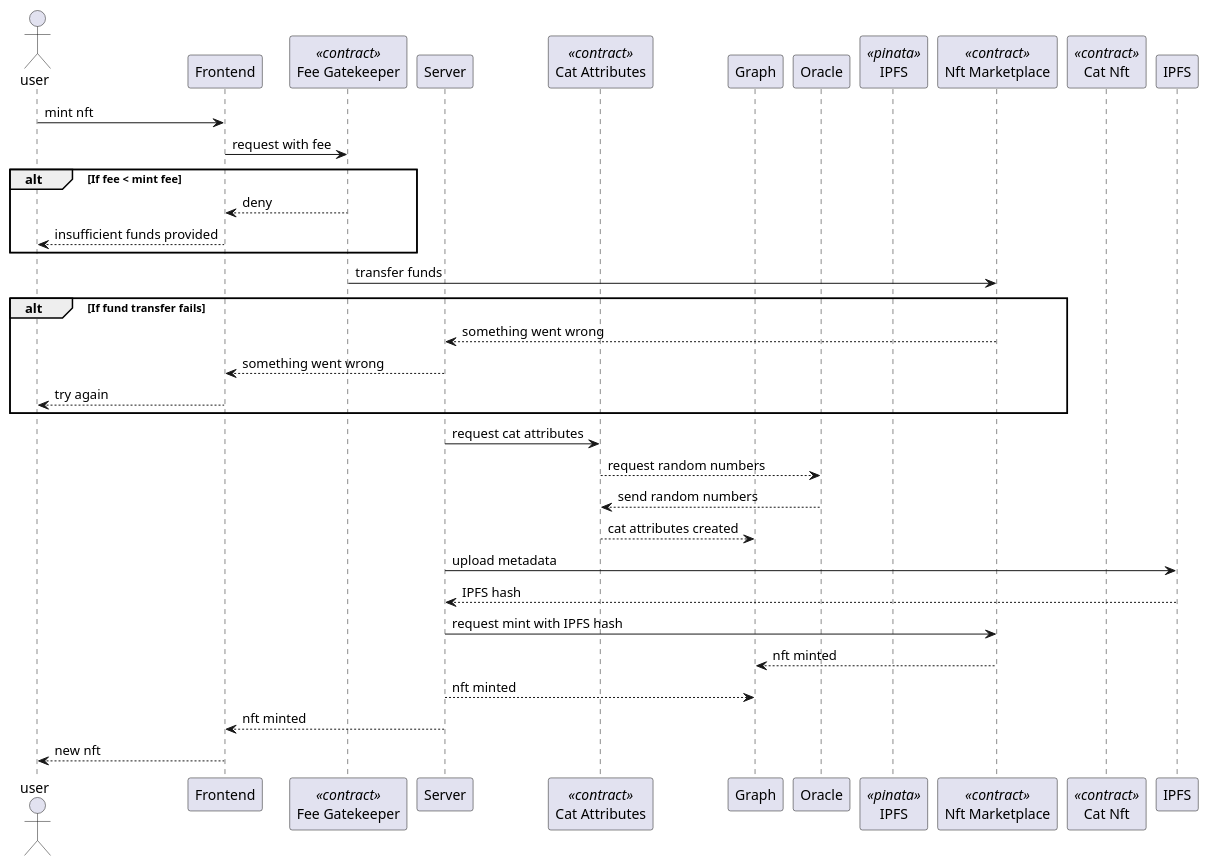
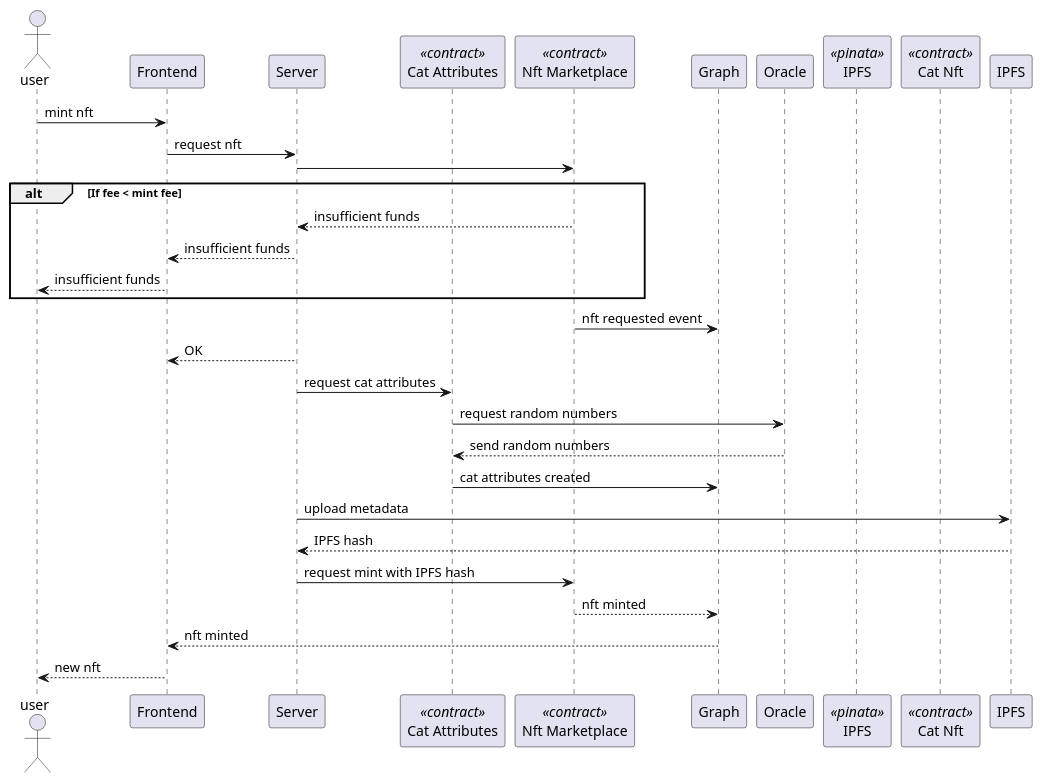
One commit to tmpoe/soa-nft-marketplace changed the diagram in docs/backend_heavy_sequence_diagram.md. Above: the diagram before and after it, drawn with PlantUML.

Commit message:
Cut out fee gatekeeper

````diff
--- a/docs/backend_heavy_sequence_diagram.md
+++ b/docs/backend_heavy_sequence_diagram.md
@@ -1,48 +1,44 @@
 ```plantuml
 @startuml
 actor user
 participant Frontend as frontend
-participant "Fee Gatekeeper" as fee_gatekeeper <<contract>>
 participant "Server" as server
 participant "Cat Attributes" as cat_attributes <<contract>>
+participant "Nft Marketplace" as nft_marketplace <<contract>>
 participant "Graph" as graph
 participant "Oracle" as oracle
 participant "IPFS" as ipfs <<pinata>>
-participant "Nft Marketplace" as nft_marketplace <<contract>>
 participant "Cat Nft" as cat_nft <<contract>>
 
 user -> frontend : mint nft
-frontend -> fee_gatekeeper : request with fee
+frontend -> server : request nft
+server -> nft_marketplace
 
 alt If fee < mint fee
-    fee_gatekeeper --> frontend : deny
-    frontend --> user : insufficient funds provided
+    nft_marketplace --> server : insufficient funds
+    server --> frontend : insufficient funds
+    frontend --> user : insufficient funds
 end
 
-fee_gatekeeper -> nft_marketplace : transfer funds
-
-alt If fund transfer fails
-    nft_marketplace --> server : something went wrong
-    server --> frontend : something went wrong
-    frontend --> user : try again
-end
+nft_marketplace -> graph : nft requested event
+server --> frontend : OK
 
 server -> cat_attributes : request cat attributes
-cat_attributes --> oracle : request random numbers
+cat_attributes -> oracle : request random numbers
 
 oracle --> cat_attributes : send random numbers
-cat_attributes --> graph : cat attributes created
+cat_attributes -> graph : cat attributes created
 
 server -> IPFS : upload metadata
 IPFS --> server : IPFS hash
 
 ' No error handling here for now
 server -> nft_marketplace : request mint with IPFS hash
 nft_marketplace --> graph : nft minted
-server --> graph : nft minted
-server --> frontend : nft minted
+
+graph --> frontend : nft minted
 frontend --> user : new nft
 
 
 @enduml
 ```
````
